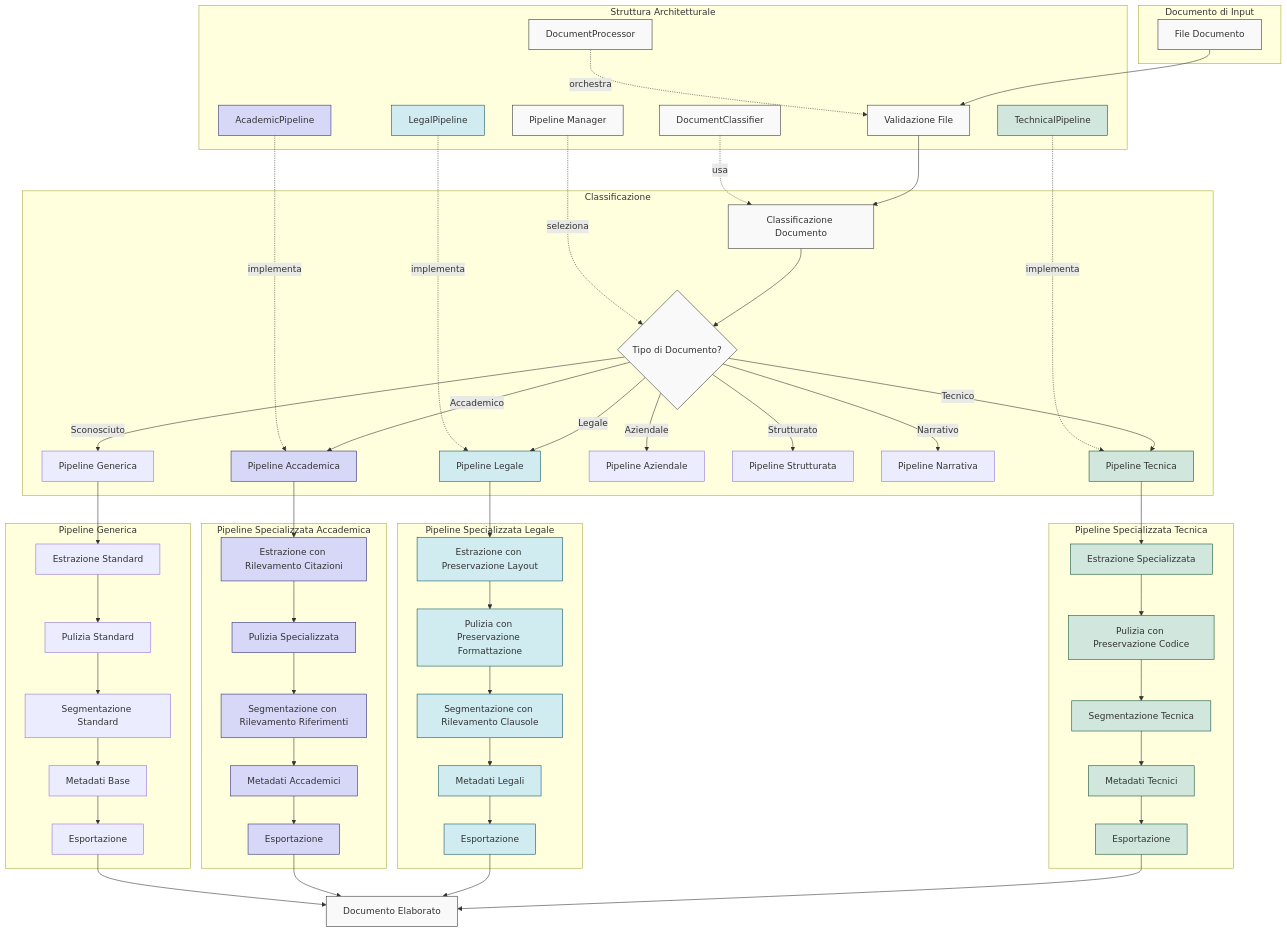
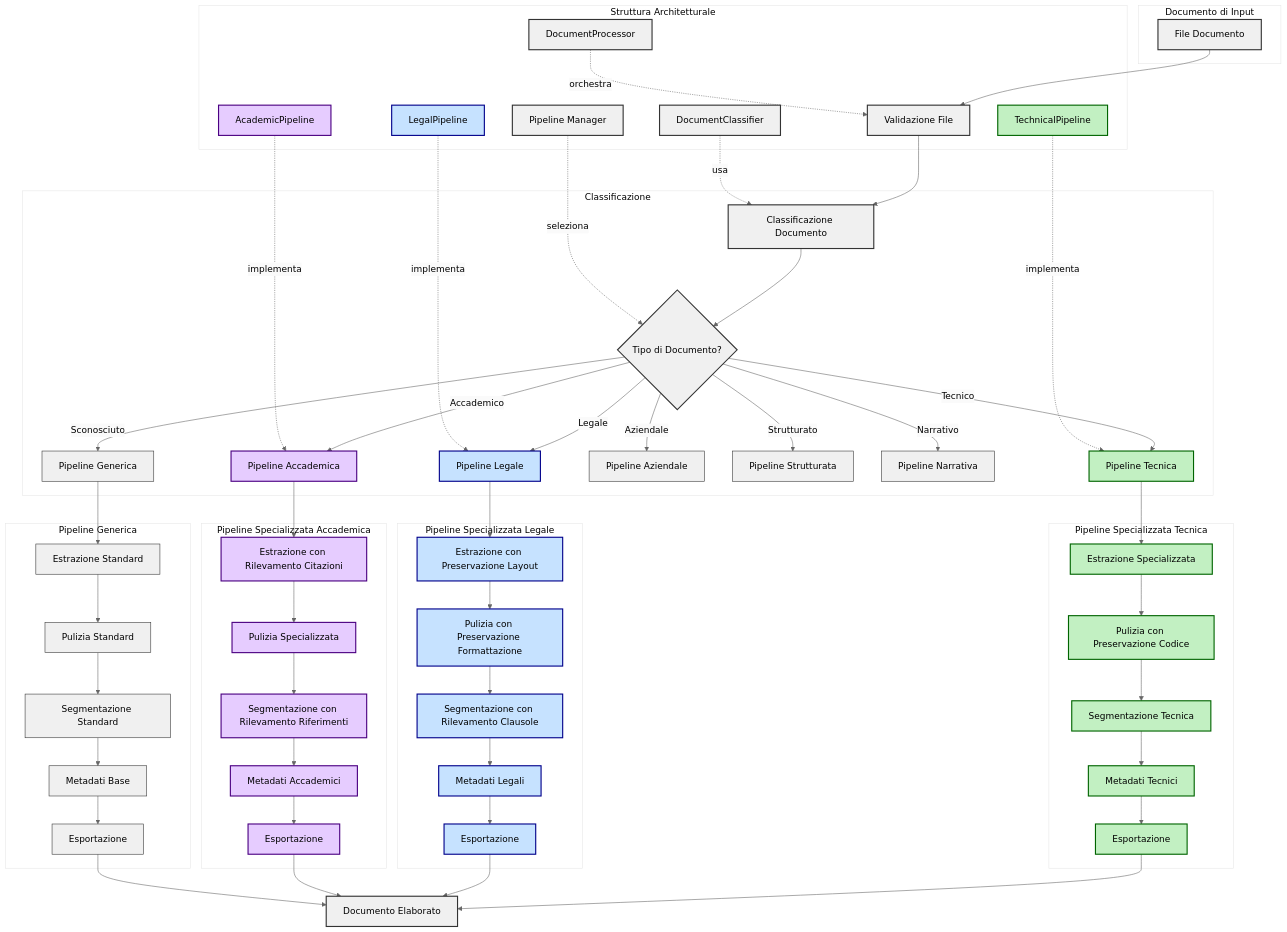
One commit to lollonet/raggiro changed the diagram in docs/images/document_classification_flow.md. Above: the diagram before and after it, drawn with Mermaid.

Commit message:
Migliora il contrasto dei colori nel diagramma di classificazione
• Aumentato il contrasto dei colori per le varie categorie di documenti
• Ispessito i bordi degli elementi per maggiore leggibilità
• Aggiunto un tema base con colori migliorati
• Ottimizzato i colori per le pipeline specializzate

🤖 Generated with [Claude Code](https://claude.ai/code)

````diff
--- a/docs/images/document_classification_flow.md
+++ b/docs/images/document_classification_flow.md
@@ -1,78 +1,79 @@
 ```mermaid
+%%{init: { 'theme': 'base', 'themeVariables': { 'primaryColor': '#f0f0f0', 'primaryTextColor': '#000', 'primaryBorderColor': '#333', 'lineColor': '#666', 'secondaryColor': '#fafafa', 'tertiaryColor': '#fff' } } }%%
 flowchart TD
     subgraph "Documento di Input"
         A[File Documento]
     end
 
     A --> B[Validazione File]
     B --> C[Classificazione Documento]
     
     subgraph "Classificazione"
         C --> D{Tipo di Documento?}
         D -->|Tecnico| E1[Pipeline Tecnica]
         D -->|Legale| E2[Pipeline Legale]
         D -->|Accademico| E3[Pipeline Accademica]
         D -->|Aziendale| E4[Pipeline Aziendale]
         D -->|Strutturato| E5[Pipeline Strutturata]
         D -->|Narrativo| E6[Pipeline Narrativa]
         D -->|Sconosciuto| E7[Pipeline Generica]
     end
     
     subgraph "Pipeline Specializzata Tecnica"
         E1 --> F1[Estrazione Specializzata]
         F1 --> G1[Pulizia con Preservazione Codice]
         G1 --> H1[Segmentazione Tecnica]
         H1 --> I1[Metadati Tecnici]
         I1 --> J1[Esportazione]
     end
     
     subgraph "Pipeline Specializzata Legale"
         E2 --> F2[Estrazione con Preservazione Layout]
         F2 --> G2[Pulizia con Preservazione Formattazione]
         G2 --> H2[Segmentazione con Rilevamento Clausole]
         H2 --> I2[Metadati Legali]
         I2 --> J2[Esportazione]
     end
     
     subgraph "Pipeline Specializzata Accademica"
         E3 --> F3[Estrazione con Rilevamento Citazioni]
         F3 --> G3[Pulizia Specializzata]
         G3 --> H3[Segmentazione con Rilevamento Riferimenti]
         H3 --> I3[Metadati Accademici]
         I3 --> J3[Esportazione]
     end
     
     subgraph "Pipeline Generica"
         E7 --> F7[Estrazione Standard]
         F7 --> G7[Pulizia Standard]
         G7 --> H7[Segmentazione Standard]
         H7 --> I7[Metadati Base]
         I7 --> J7[Esportazione]
     end
     
     J1 --> K[Documento Elaborato]
     J2 --> K
     J3 --> K
     J7 --> K
     
     subgraph "Struttura Architetturale"
         L[DocumentClassifier] -.-> |usa| C
         M[Pipeline Manager] -.-> |seleziona| D
         N[TechnicalPipeline] -.-> |implementa| E1
         O[LegalPipeline] -.-> |implementa| E2
         P[AcademicPipeline] -.-> |implementa| E3
         Q[DocumentProcessor] -.-> |orchestra| B
     end
 
-    classDef generic fill:#f9f9f9,stroke:#333,stroke-width:1px;
-    classDef technical fill:#d1e7dd,stroke:#0f5132,stroke-width:1px;
-    classDef legal fill:#d1ecf1,stroke:#0c5460,stroke-width:1px;
-    classDef academic fill:#d7d8f8,stroke:#2a2a72,stroke-width:1px;
-    classDef business fill:#fff3cd,stroke:#856404,stroke-width:1px;
-    classDef narrative fill:#f8d7da,stroke:#721c24,stroke-width:1px;
+    classDef generic fill:#f0f0f0,stroke:#333,stroke-width:2px;
+    classDef technical fill:#c2f0c2,stroke:#006400,stroke-width:2px;
+    classDef legal fill:#c6e2ff,stroke:#00008b,stroke-width:2px;
+    classDef academic fill:#e6ccff,stroke:#4b0082,stroke-width:2px;
+    classDef business fill:#ffd700,stroke:#b8860b,stroke-width:2px;
+    classDef narrative fill:#ffb6c1,stroke:#8b0000,stroke-width:2px;
     
     class A,B,C,D,K,L,M,Q generic;
     class E1,F1,G1,H1,I1,J1,N technical;
     class E2,F2,G2,H2,I2,J2,O legal;
     class E3,F3,G3,H3,I3,J3,P academic;
 ```
````
